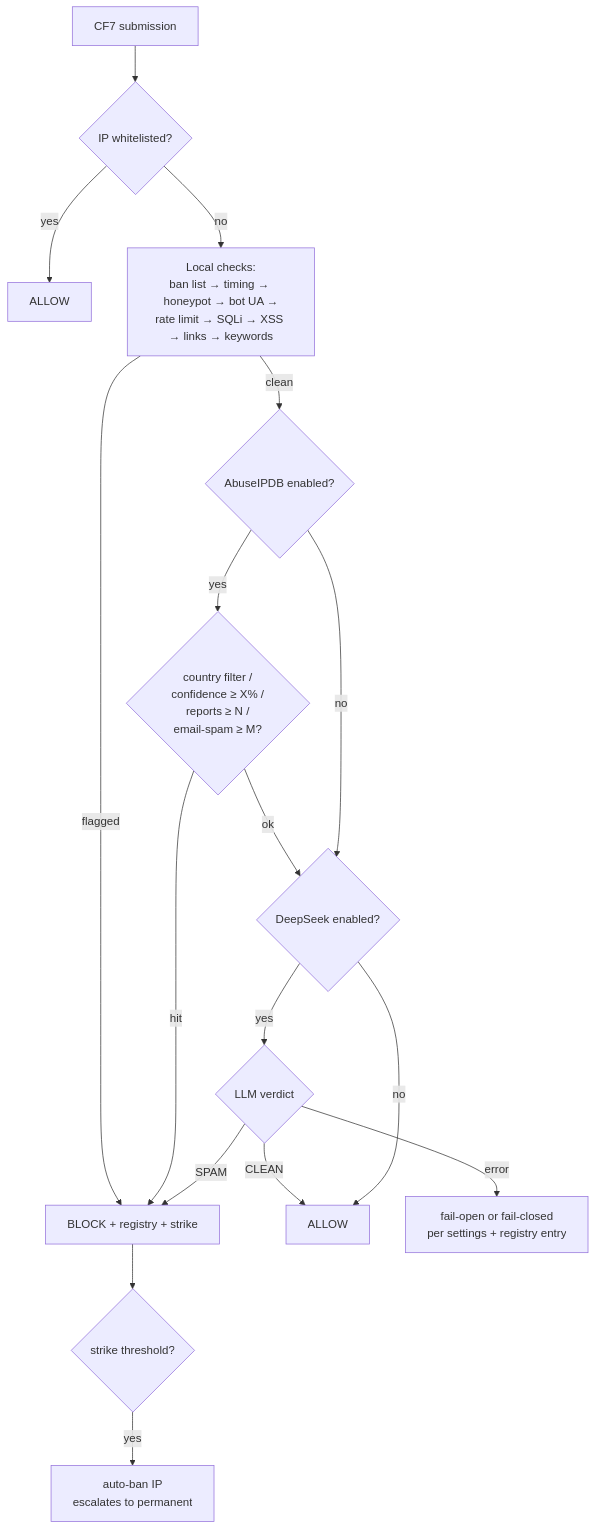
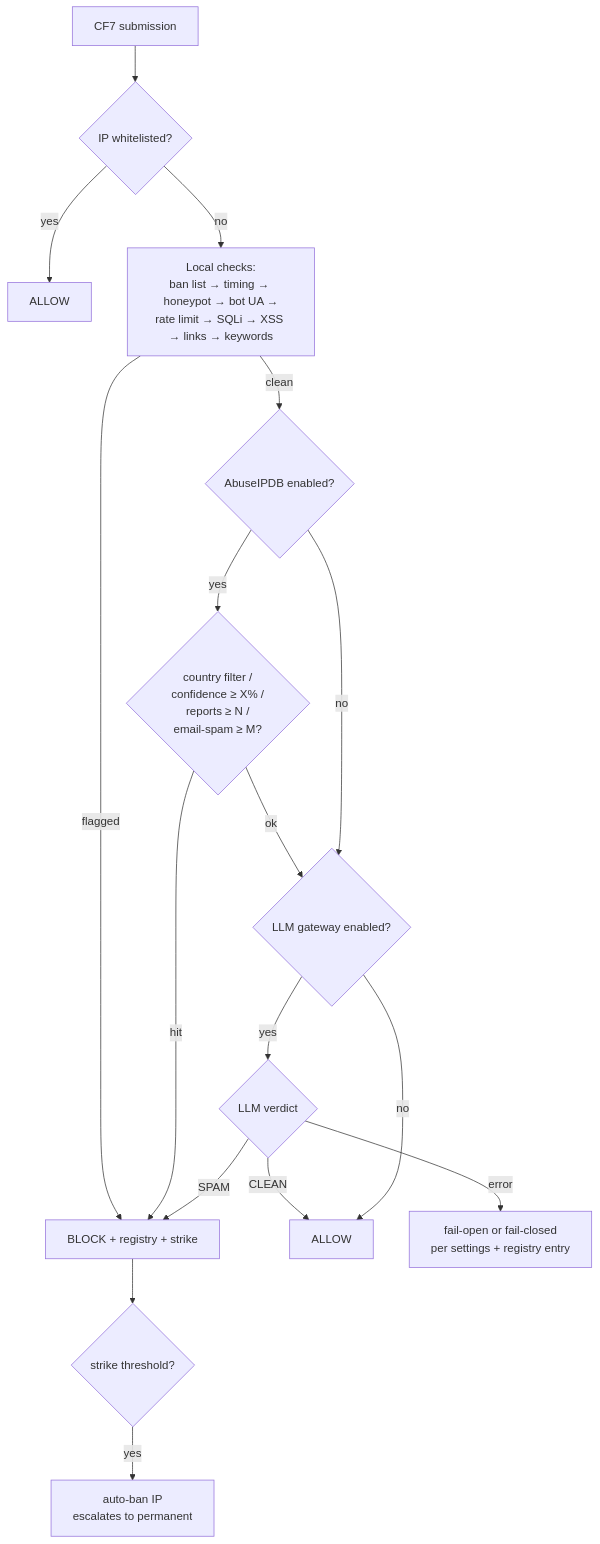
One commit to paulmann/Contact-Form-7-LLM-Spam-Checker changed the diagram in README.md. Above: the diagram before and after it, drawn with Mermaid. The commit also changed other lines of this file and 96 other files, not shown here.

````diff
--- a/README.md
+++ b/README.md
@@ -85,19 +86,19 @@
 ```mermaid
 flowchart TD
     A[CF7 submission] --> W{IP whitelisted?}
     W -- yes --> P1[ALLOW]
     W -- no --> L[Local checks:<br/>ban list → timing → honeypot → bot UA →<br/>rate limit → SQLi → XSS → links → keywords]
     L -- flagged --> B[BLOCK + registry + strike]
     L -- clean --> R{AbuseIPDB enabled?}
     R -- yes --> R1{country filter /<br/>confidence ≥ X% /<br/>reports ≥ N /<br/>email-spam ≥ M?}
     R1 -- hit --> B
-    R1 -- ok --> K{DeepSeek enabled?}
+    R1 -- ok --> K{LLM gateway enabled?}
     R -- no --> K
     K -- yes --> K1{LLM verdict}
     K1 -- SPAM --> B
     K1 -- CLEAN --> P2[ALLOW]
     K1 -- error --> F[fail-open or fail-closed<br/>per settings + registry entry]
     K -- no --> P2
     B --> S{strike threshold?}
     S -- yes --> BAN[auto-ban IP<br/>escalates to permanent]
 ```
````
